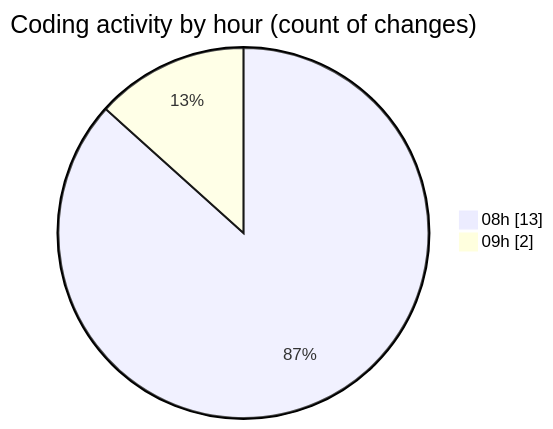
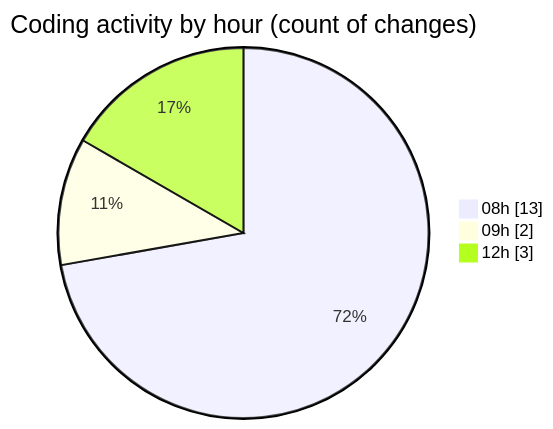
One commit to vahidmafi/code-tracking changed the second of 2 diagrams in 2025-06-21/horizon/README.md. Above: the diagram before and after it, drawn with Mermaid. The commit also changed other lines of this file and 1 other file, not shown here.

````diff
--- a/2025-06-21/horizon/README.md
+++ b/2025-06-21/horizon/README.md
@@ -28,6 +28,7 @@
 ```mermaid
 pie showData
 title Coding activity by hour (count of changes)
 "08h" : 13
 "09h" : 2
+"12h" : 3
 ```
````
